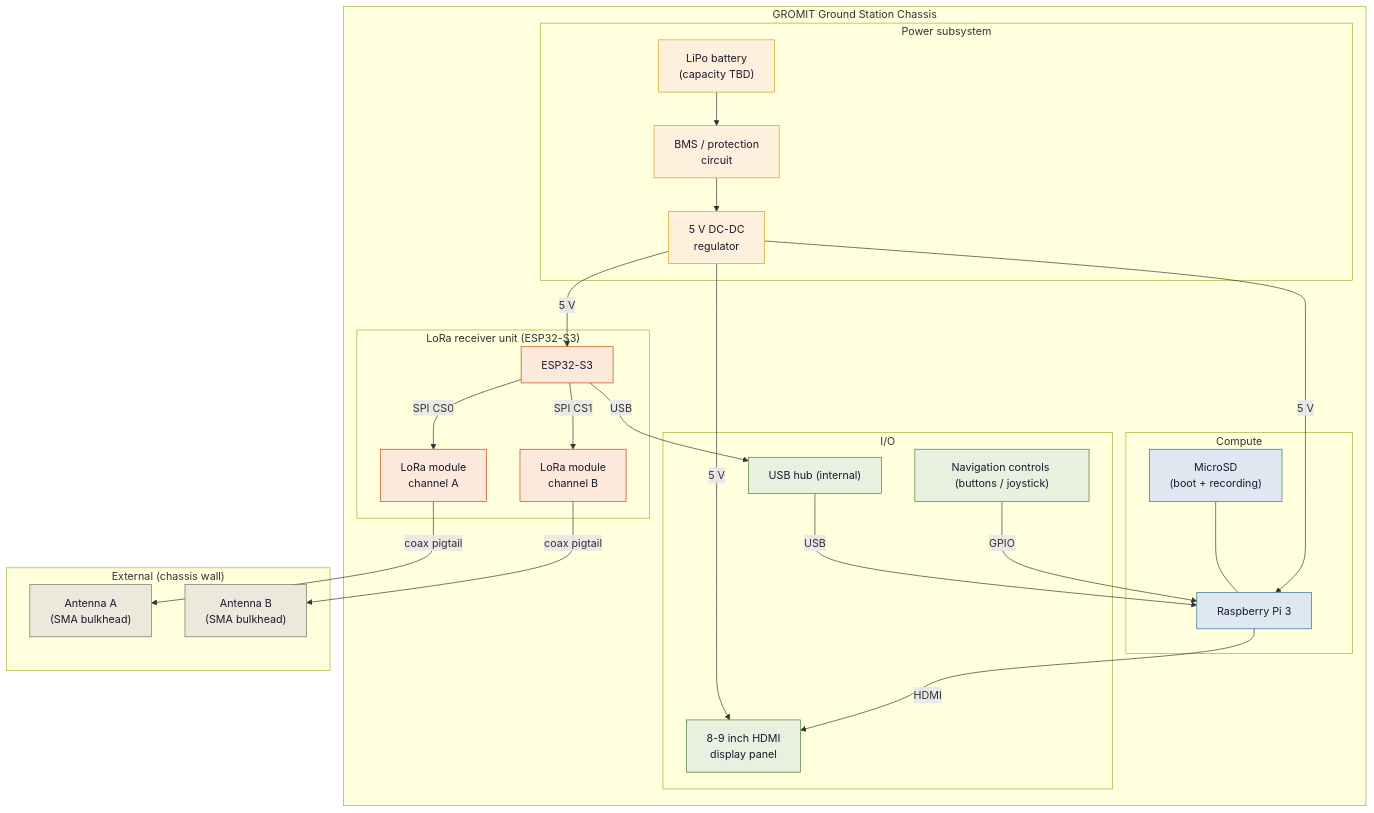
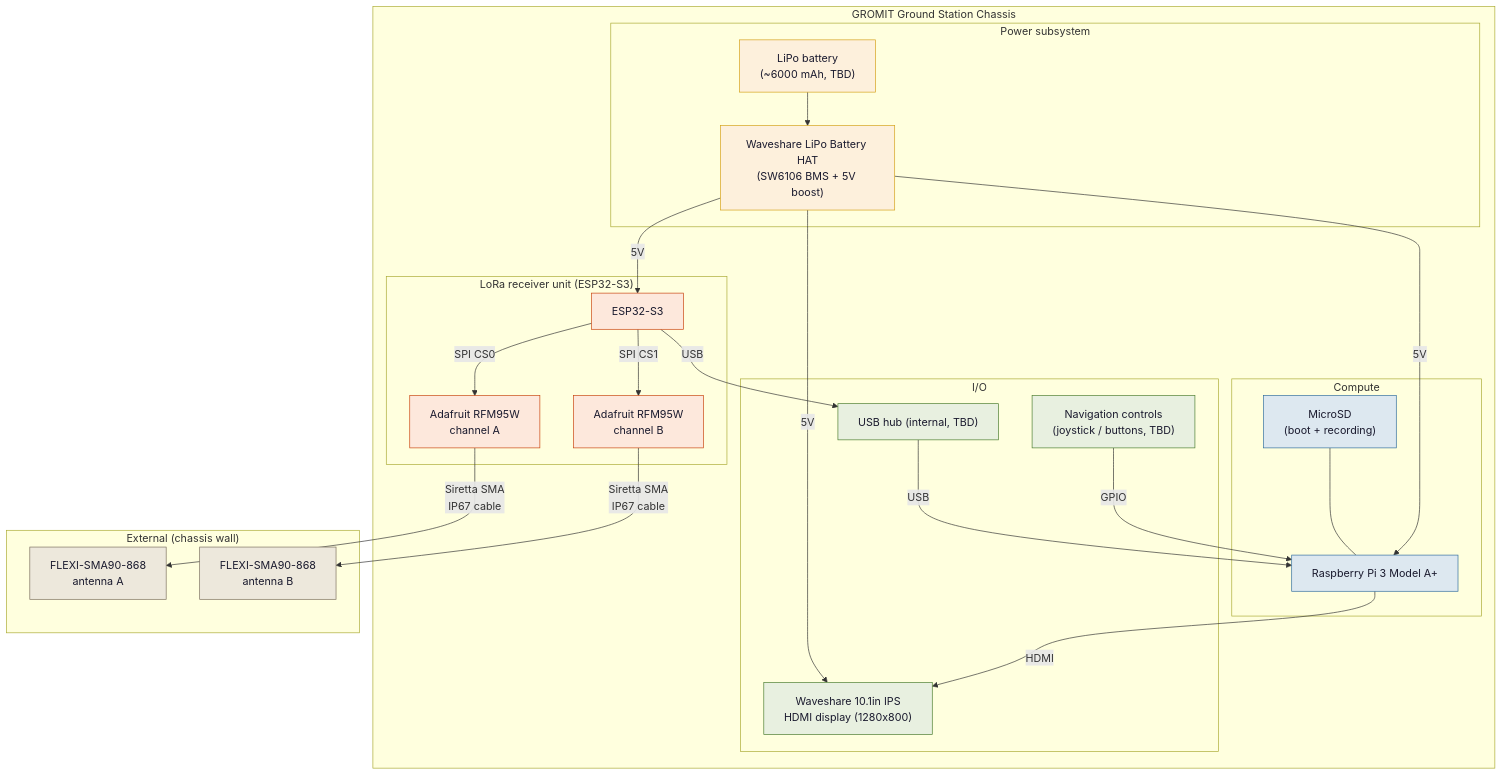
One commit to rinickolous/rocketlog changed the diagram in docs/cyberdeck-hardware.md. Above: the diagram before and after it, drawn with Mermaid. The commit also changed 1 other file, not shown here.

Commit message:
updated graph

````diff
--- a/docs/cyberdeck-hardware.md
+++ b/docs/cyberdeck-hardware.md
@@ -1,53 +1,52 @@
 ```mermaid
 graph TD
- classDef compute fill:#dde8f0,stroke:#2e6b9e,color:#1a1a2e
- classDef power fill:#fdf0dc,stroke:#d4a017,color:#1a1a2e
- classDef receiver fill:#fde8dc,stroke:#c9430e,color:#1a1a2e
- classDef io fill:#e8f0e0,stroke:#4a7c2e,color:#1a1a2e
- classDef antenna fill:#ede8dc,stroke:#7a6e5e,color:#1a1a2e
+    classDef compute fill:#dde8f0,stroke:#2e6b9e,color:#1a1a2e
+    classDef power fill:#fdf0dc,stroke:#d4a017,color:#1a1a2e
+    classDef receiver fill:#fde8dc,stroke:#c9430e,color:#1a1a2e
+    classDef io fill:#e8f0e0,stroke:#4a7c2e,color:#1a1a2e
+    classDef antenna fill:#ede8dc,stroke:#7a6e5e,color:#1a1a2e
 
-subgraph chassis["GROMIT Ground Station Chassis"]
-  subgraph power["Power subsystem"]
-    BAT["LiPo battery\n(capacity TBD)"]:::power
-    BMS["BMS / protection\ncircuit"]:::power
-    REG["5 V DC-DC\nregulator"]:::power
-    BAT --> BMS --> REG
-  end
+    subgraph chassis["GROMIT Ground Station Chassis"]
+        subgraph power["Power subsystem"]
+            BAT["LiPo battery\n(~6000 mAh, TBD)"]:::power
+            HAT["Waveshare LiPo Battery HAT\n(SW6106 BMS + 5V boost)"]:::power
+            BAT --> HAT
+        end
 
-  subgraph compute["Compute"]
-    PI["Raspberry Pi 3"]:::compute
-    SD["MicroSD\n(boot + recording)"]:::compute
-    SD --- PI
-  end
+        subgraph compute["Compute"]
+            PI["Raspberry Pi 3 Model A+"]:::compute
+            SD["MicroSD\n(boot + recording)"]:::compute
+            SD --- PI
+        end
 
-  subgraph receiver["LoRa receiver unit (ESP32-S3)"]
-    ESP["ESP32-S3"]:::receiver
-    LORA1["LoRa module\nchannel A"]:::receiver
-    LORA2["LoRa module\nchannel B"]:::receiver
-    ESP -- SPI CS0 --> LORA1
-    ESP -- SPI CS1 --> LORA2
-  end
+        subgraph receiver["LoRa receiver unit (ESP32-S3)"]
+            ESP["ESP32-S3"]:::receiver
+            LORA1["Adafruit RFM95W\nchannel A"]:::receiver
+            LORA2["Adafruit RFM95W\nchannel B"]:::receiver
+            ESP -- SPI CS0 --> LORA1
+            ESP -- SPI CS1 --> LORA2
+        end
 
-  subgraph io["I/O"]
-    HUB["USB hub (internal)"]:::io
-    DISP["8-9 inch HDMI\ndisplay panel"]:::io
-    CTRL["Navigation controls (buttons / joystick)"]:::io
-  end
+        subgraph io["I/O"]
+            HUB["USB hub (internal, TBD)"]:::io
+            DISP["Waveshare 10.1in IPS\nHDMI display (1280x800)"]:::io
+            CTRL["Navigation controls\n(joystick / buttons, TBD)"]:::io
+        end
 
-  REG -- 5 V --> PI
-  REG -- 5 V --> ESP
-  REG -- 5 V --> DISP
-  ESP -- USB --> HUB
-  HUB -- USB --> PI
-  CTRL -- GPIO --> PI
-  PI -- HDMI --> DISP
-end
+        HAT -- 5V --> PI
+        HAT -- 5V --> ESP
+        HAT -- 5V --> DISP
+        ESP -- USB --> HUB
+        HUB -- USB --> PI
+        CTRL -- GPIO --> PI
+        PI -- HDMI --> DISP
+    end
 
-subgraph external["External (chassis wall)"]
-  ANT1["Antenna A\n(SMA bulkhead)"]:::antenna
-  ANT2["Antenna B\n(SMA bulkhead)"]:::antenna
-end
+    subgraph external["External (chassis wall)"]
+        ANT1["FLEXI-SMA90-868\nantenna A"]:::antenna
+        ANT2["FLEXI-SMA90-868\nantenna B"]:::antenna
+    end
 
-LORA1 -- coax pigtail --> ANT1
-LORA2 -- coax pigtail --> ANT2
+    LORA1 -- "Siretta SMA\nIP67 cable" --> ANT1
+    LORA2 -- "Siretta SMA\nIP67 cable" --> ANT2
 ```
````
